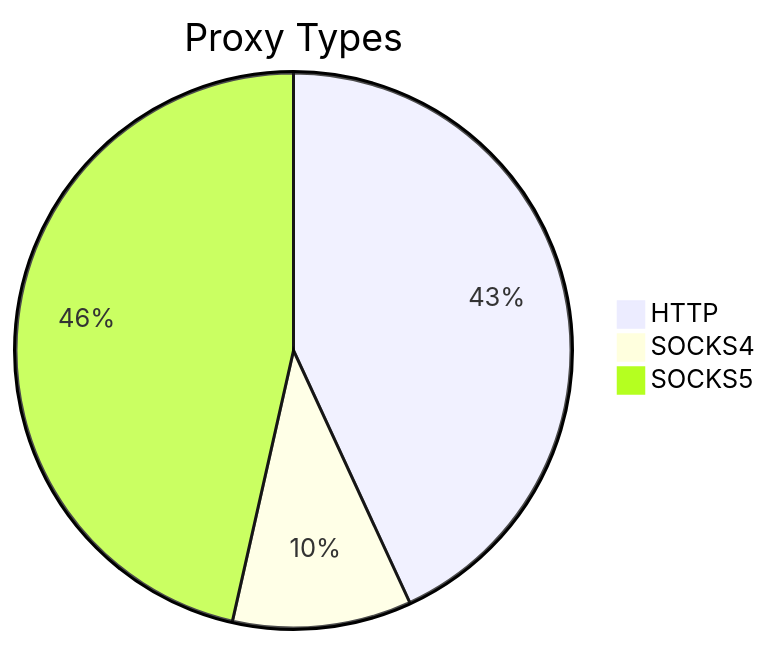
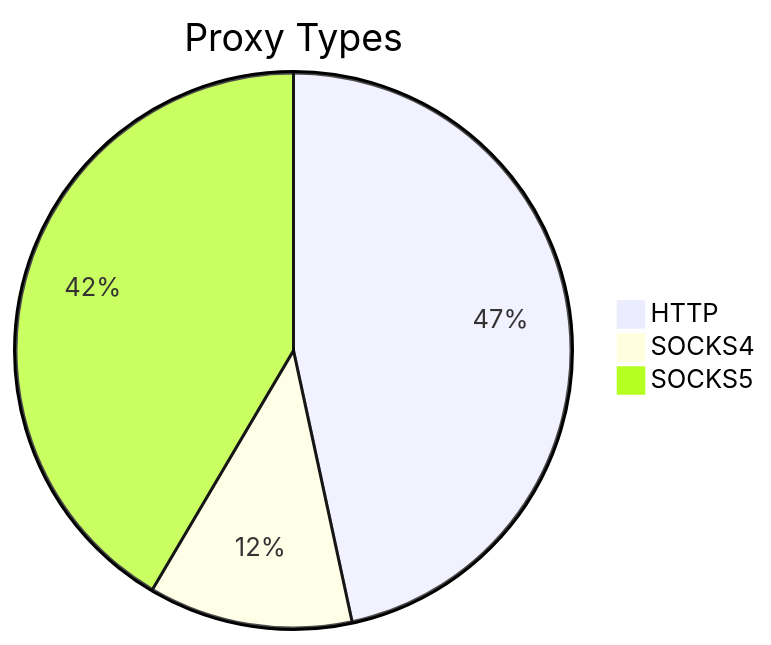
Before and after one commit to stormsia/proxy-list: the first of 2 diagrams in README.md, drawn with Mermaid. The commit also changed other lines of this file, not shown here.

````diff
--- a/README.md
+++ b/README.md
@@ -21,6 +21,6 @@
 ```mermaid
 pie title Proxy Types
-    "HTTP" : 348
-    "SOCKS4" : 84
-    "SOCKS5" : 375
+    "HTTP" : 530
+    "SOCKS4" : 135
+    "SOCKS5" : 472
 ```
````
